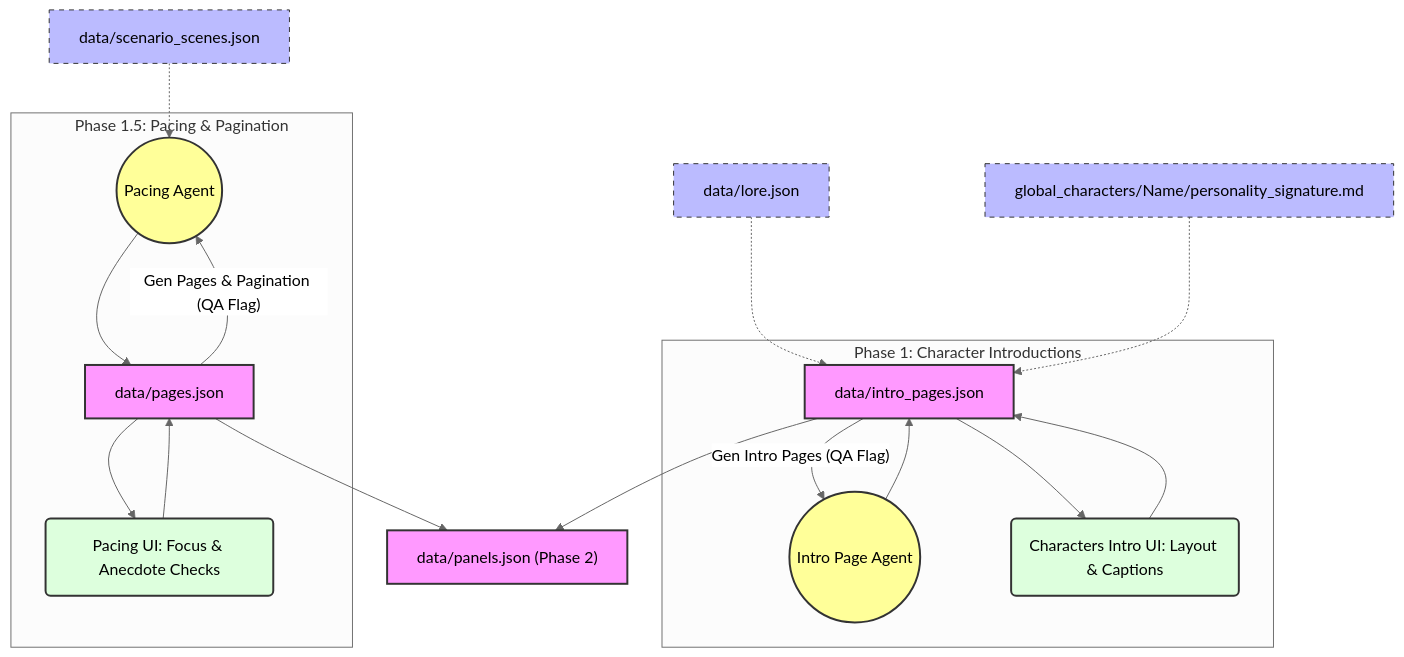
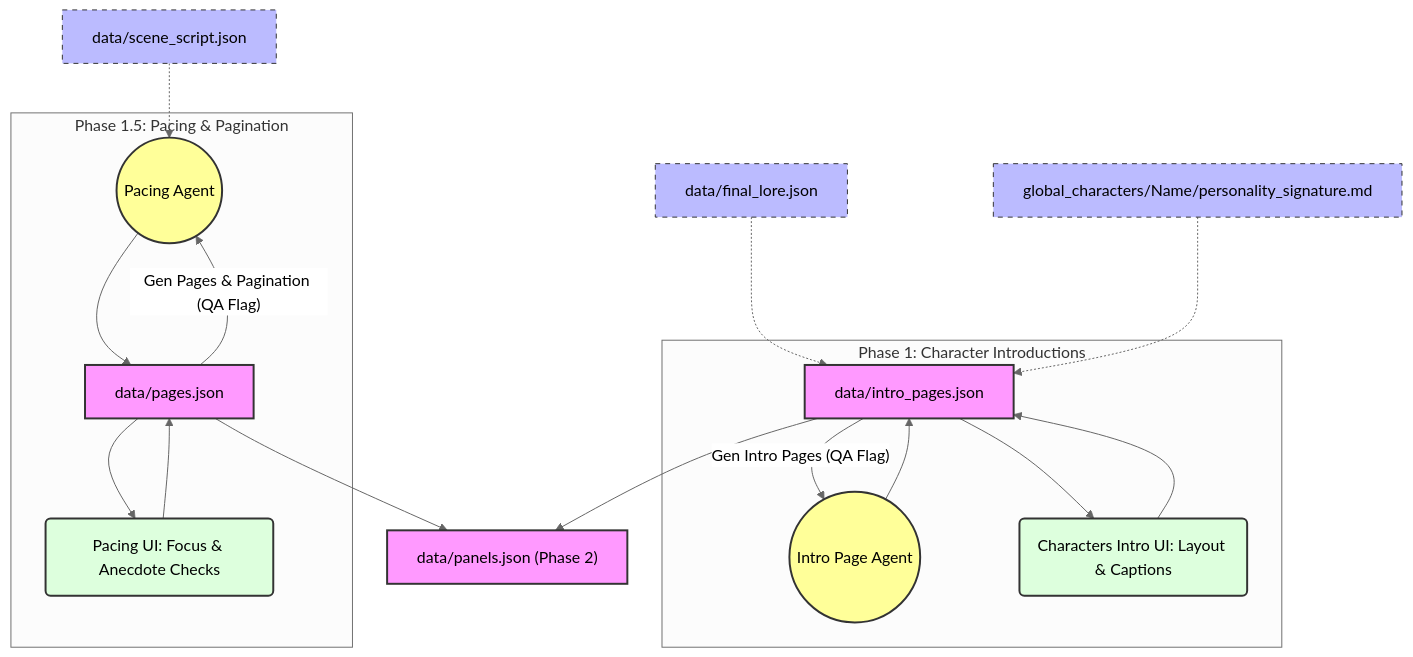
The second of 6 diagrams in docs/pipeline_architectures.md (LucRobey/ComicBookArchtict), drawn with Mermaid (neutral theme) before and after one commit. The commit also changed other lines of this file and 138 other files, not shown here.

````diff
--- a/docs/pipeline_architectures.md
+++ b/docs/pipeline_architectures.md
@@ -86,38 +86,38 @@
 ```mermaid
 flowchart TD
     %% Inputs
-    LORE["data/lore.json"] -.-> S_INTRO
-    SCENES["data/scenario_scenes.json"] -.-> AgentP
+    LORE["data/final_lore.json"] -.-> S_INTRO
+    SCENE_SCRIPT["data/scene_script.json"] -.-> AgentP
     CHAR_SIG["global_characters/Name/personality_signature.md"] -.-> S_INTRO
 
     %% Phase 1: Character Intros
     subgraph "Phase 1: Character Introductions"
         S_INTRO["data/intro_pages.json"] -- "Gen Intro Pages (QA Flag)" --> AgentI(("Intro Page Agent"))
         AgentI --> S_INTRO
         UI_INTRO("Characters Intro UI: Layout & Captions") --> S_INTRO
         S_INTRO --> UI_INTRO
     end
 
     %% Phase 1.5: Pacing & Pagination
     subgraph "Phase 1.5: Pacing & Pagination"
         S_PAGES["data/pages.json"] -- "Gen Pages & Pagination (QA Flag)" --> AgentP(("Pacing Agent"))
         AgentP --> S_PAGES
         UI_PACE("Pacing UI: Focus & Anecdote Checks") --> S_PAGES
         S_PAGES --> UI_PACE
     end
 
     %% Downstream
     S_INTRO --> S_PANELS["data/panels.json (Phase 2)"]
     S_PAGES --> S_PANELS
 
     %% Styling
     classDef file fill:#f9f,stroke:#333,stroke-width:2px;
     classDef agent fill:#ff9,stroke:#333,stroke-width:2px;
     classDef baseData fill:#bbf,stroke:#333,stroke-width:1px,stroke-dasharray: 5 5;
     classDef ui fill:#dfd,stroke:#333,stroke-width:2px;
     
     class S_INTRO,S_PAGES,S_PANELS file;
     class AgentI,AgentP agent;
-    class LORE,SCENES,CHAR_SIG baseData;
+    class LORE,SCENE_SCRIPT,CHAR_SIG baseData;
     class UI_INTRO,UI_PACE ui;
 ```
````
